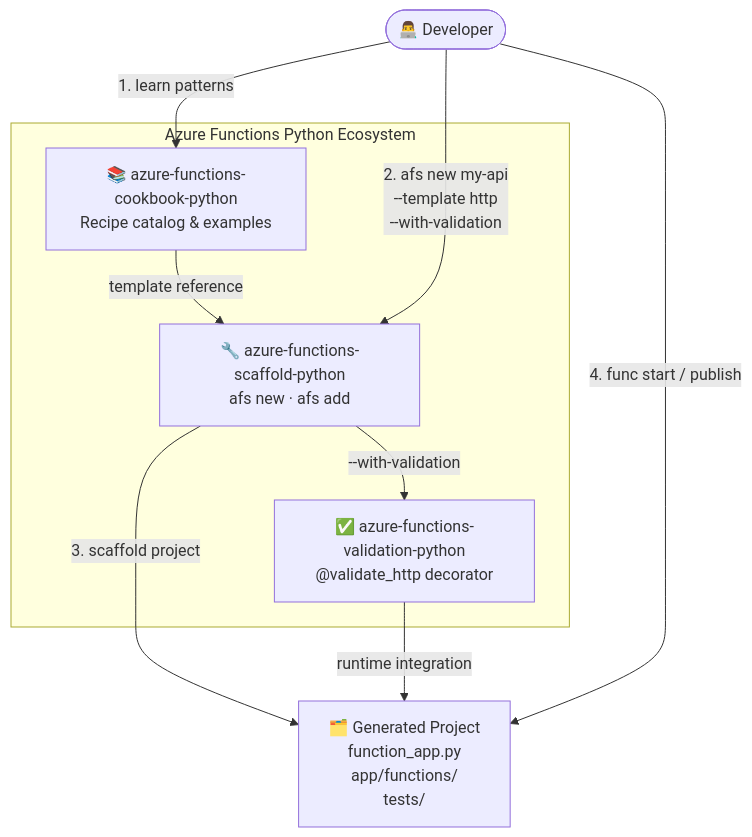
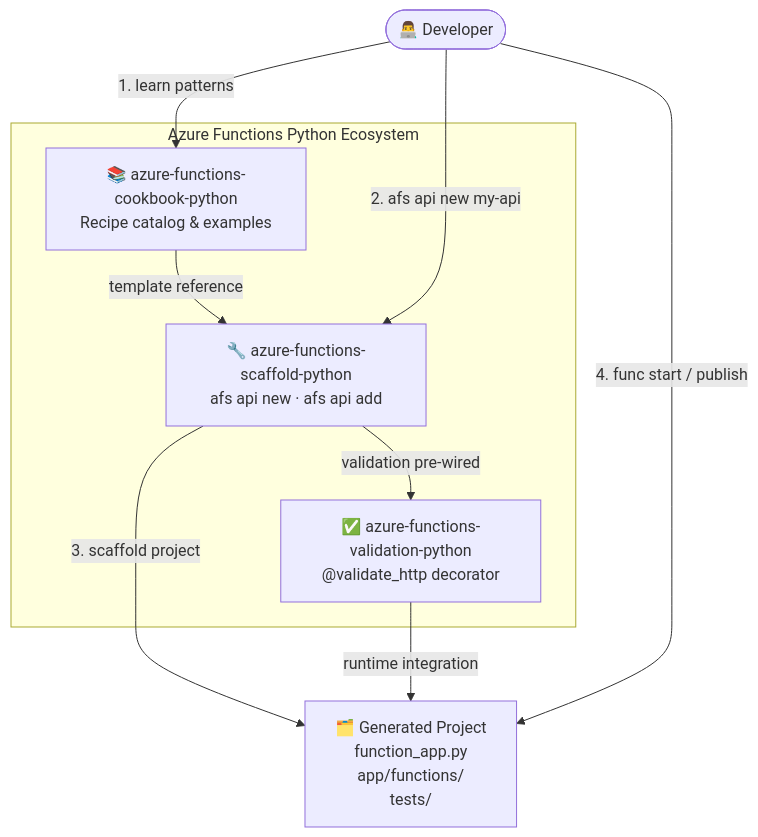
One commit to yeongseon/azure-functions-cookbook-python changed the first of 10 diagrams in docs/foundations/index.md. Above: the diagram before and after it, drawn with Mermaid. The commit also changed other lines of this file and 32 other files, not shown here.

````diff
--- a/docs/foundations/index.md
+++ b/docs/foundations/index.md
@@ -11,20 +11,20 @@
 ```mermaid
 graph TD
     DEV(["👨‍💻 Developer"])
 
     subgraph Ecosystem["Azure Functions Python Ecosystem"]
         CB["📚 azure-functions-cookbook-python\nRecipe catalog & examples"]
-        SC["🔧 azure-functions-scaffold-python\nafs new · afs add"]
+        SC["🔧 azure-functions-scaffold-python\nafs api new · afs api add"]
         VAL["✅ azure-functions-validation-python\n@validate_http decorator"]
     end
 
     PROJ["🗂️ Generated Project\nfunction_app.py\napp/functions/\ntests/"]
 
     DEV -- "1. learn patterns" --> CB
     CB -- "template reference" --> SC
-    DEV -- "2. afs new my-api\n   --template http\n   --with-validation" --> SC
+    DEV -- "2. afs api new my-api" --> SC
     SC -- "3. scaffold project" --> PROJ
-    SC -- "--with-validation" --> VAL
+    SC -- "validation pre-wired" --> VAL
     VAL -- "runtime integration" --> PROJ
     DEV -- "4. func start / publish" --> PROJ
 ```
````
